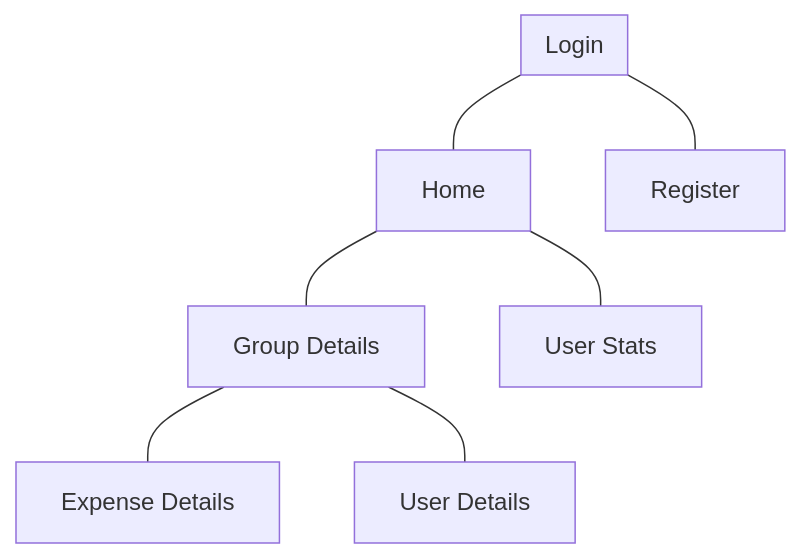
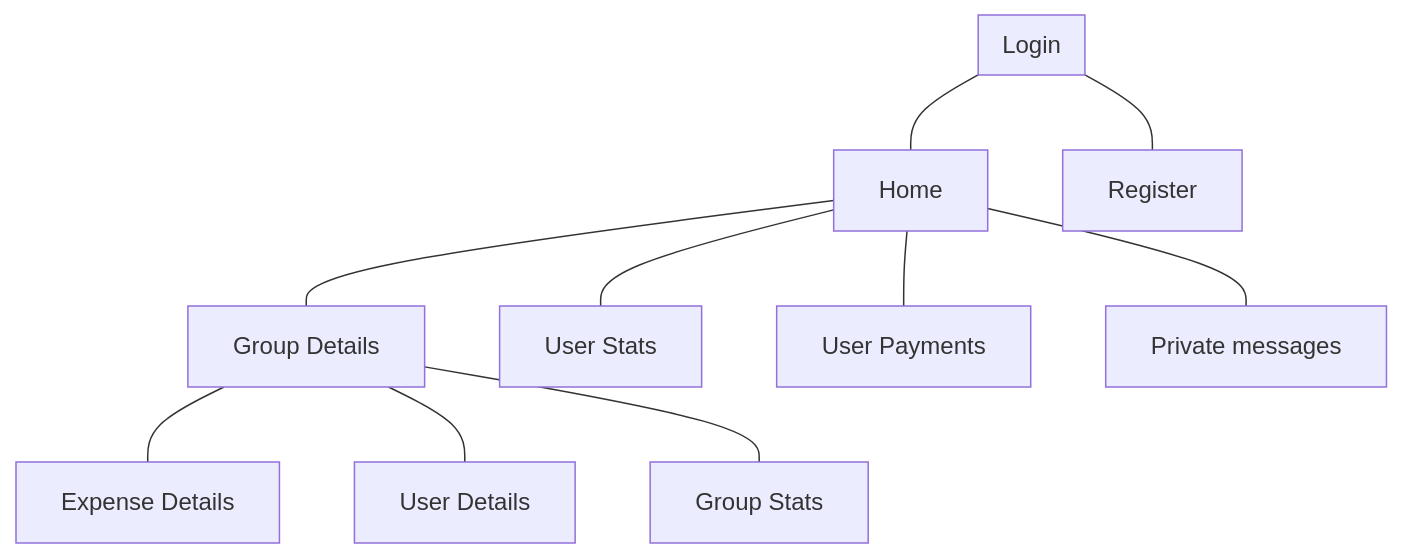
One commit to MathurinV/3proj_doc changed the diagram in Writerside/topics/Screens-Mobile.md. Above: the diagram before and after it, drawn with Mermaid. The commit also changed other lines of this file and 11 other files, not shown here.

````diff
--- a/Writerside/topics/Screens-Mobile.md
+++ b/Writerside/topics/Screens-Mobile.md
@@ -5,11 +5,14 @@
 ```mermaid
 flowchart
-	subgraph s1["Login"]
+    subgraph s1["Login"]
 	end
 	s1 --- n1["Home"]
 	s1["Login Page"] --- n3["Register"]
 	n1 --- n4
 	n1 --- n5["User Stats"]
 	n4["Group Details"] --- n2["Expense Details"]
 	n4 --- n6["User Details"]
+	n4 --- n7["Group Stats"]
+	n1 --- n8["User Payments"]
+	n1 --- n9["Private messages"]
 ```
````
